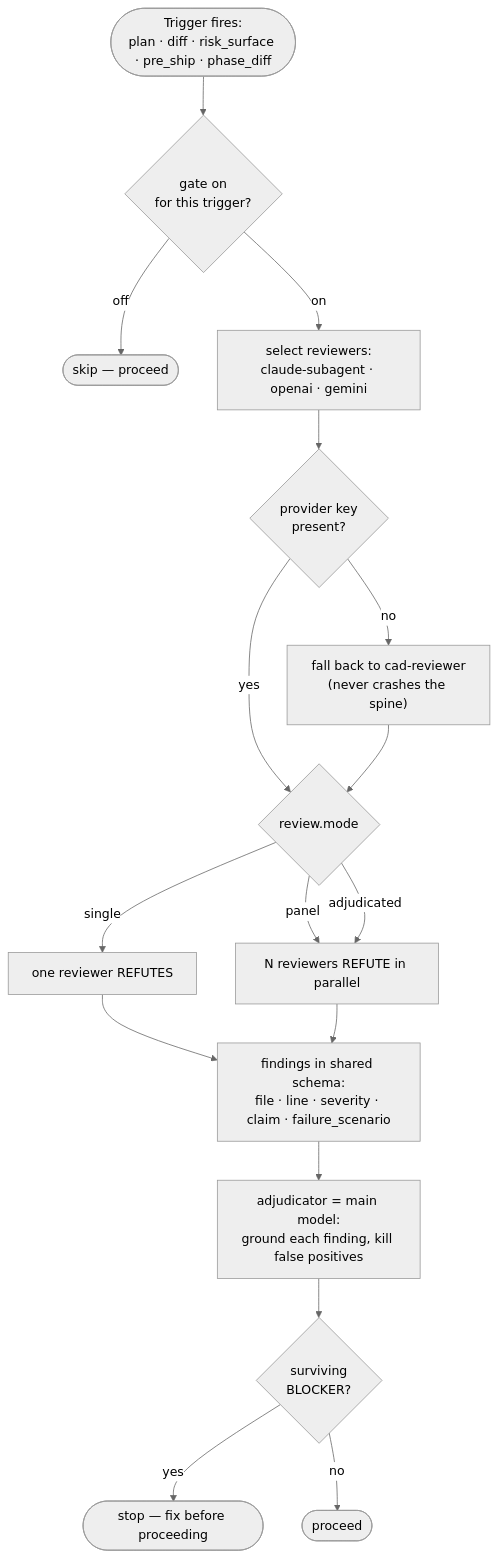
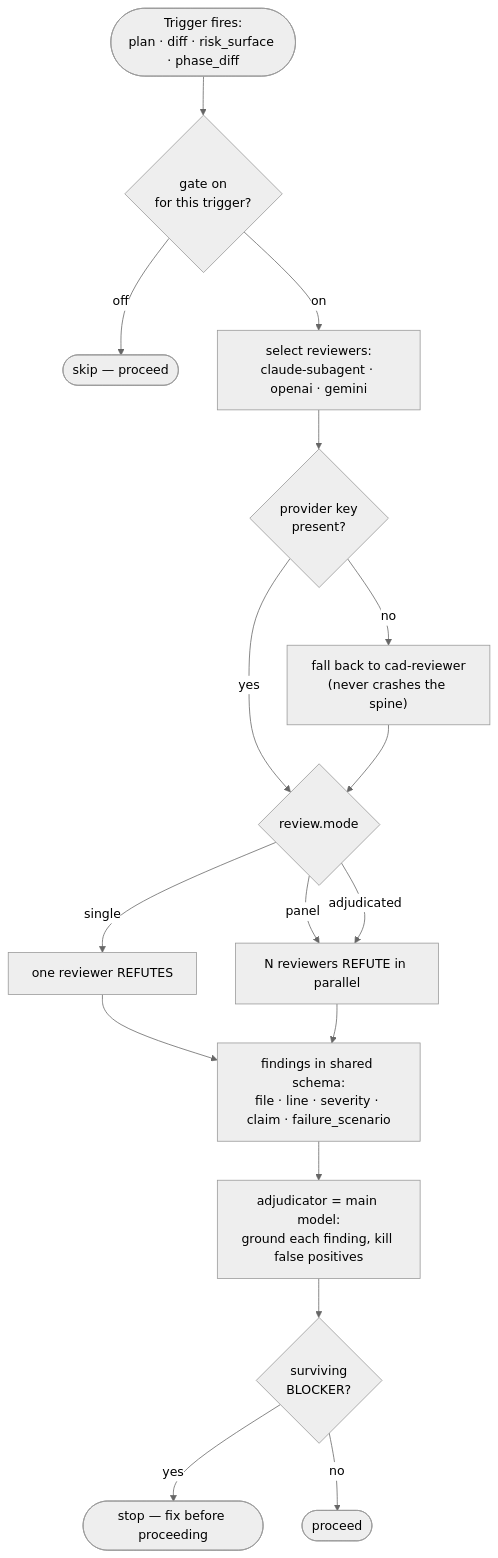
Before and after one commit to crenshawdev/cadence: the fourth of 6 diagrams in design-notes/cadence-flows.md, drawn with Mermaid (neutral theme). The commit also changed 113 other files, not shown here.

````diff
--- a/design-notes/cadence-flows.md
+++ b/design-notes/cadence-flows.md
@@ -197,23 +197,23 @@
 ```mermaid
 flowchart TD
-    TRIG([Trigger fires:<br/>plan · diff · risk_surface · pre_ship · phase_diff]) --> GATE{gate on<br/>for this trigger?}
+    TRIG([Trigger fires:<br/>plan · diff · risk_surface · phase_diff]) --> GATE{gate on<br/>for this trigger?}
     GATE -->|off| SKIP([skip — proceed])
     GATE -->|on| WHO["select reviewers:<br/>claude-subagent · openai · gemini"]
 
     WHO --> KEY{provider key<br/>present?}
     KEY -->|no| FALL["fall back to cad-reviewer<br/>(never crashes the spine)"]
     KEY -->|yes| MODE{review.mode}
     FALL --> MODE
 
     MODE -->|single| ONE["one reviewer REFUTES"]
     MODE -->|panel| MANY["N reviewers REFUTE in parallel"]
     MODE -->|adjudicated| MANY
 
     ONE --> FIND["findings in shared schema:<br/>file · line · severity · claim · failure_scenario"]
     MANY --> FIND
 
     FIND --> ADJ["adjudicator = main model:<br/>ground each finding, kill false positives"]
     ADJ --> SEV{surviving<br/>BLOCKER?}
     SEV -->|yes| STOP([stop — fix before proceeding])
     SEV -->|no| GO([proceed])
 ```
````
